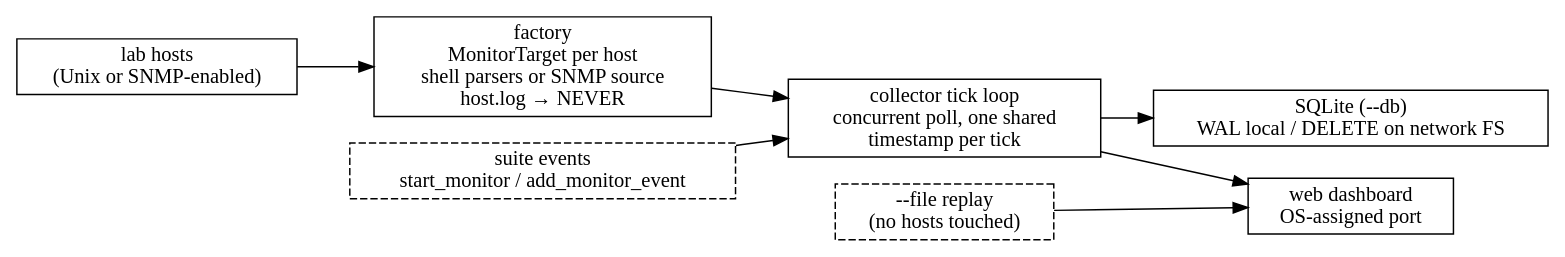
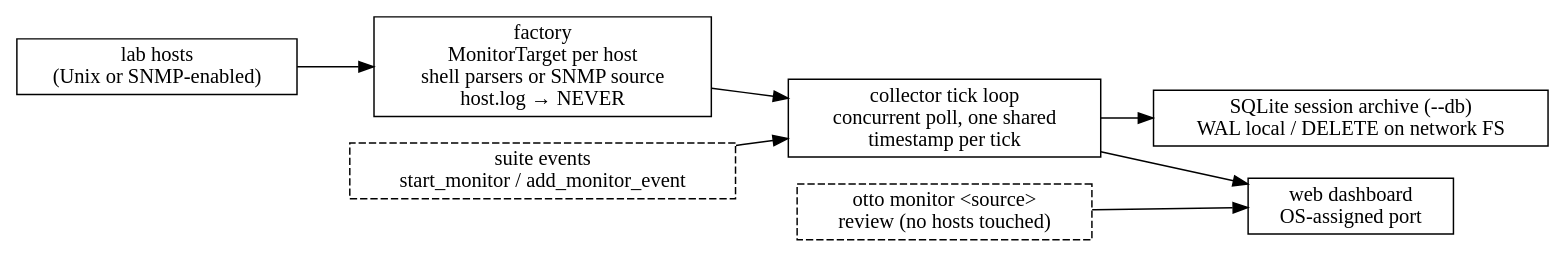
Before and after one commit to ludachrish3/otto-sh: the diagram in docs/architecture/lifecycles/monitor.md, drawn with Graphviz. The commit also changed other lines of this file and 56 other files, not shown here.

````diff
--- a/docs/architecture/lifecycles/monitor.md
+++ b/docs/architecture/lifecycles/monitor.md
@@ -23,20 +25,20 @@
 ```{graphviz}
 digraph monitor {
     rankdir=LR;
     node [shape=box];
 
     hosts [label="lab hosts\n(Unix or SNMP-enabled)"];
     factory [label="factory\nMonitorTarget per host\nshell parsers or SNMP source\nhost.log → NEVER"];
     collector [label="collector tick loop\nconcurrent poll, one shared\ntimestamp per tick"];
     events [label="suite events\nstart_monitor / add_monitor_event", style=dashed];
-    db [label="SQLite (--db)\nWAL local / DELETE on network FS"];
+    db [label="SQLite session archive (--db)\nWAL local / DELETE on network FS"];
     dash [label="web dashboard\nOS-assigned port"];
-    replay [label="--file replay\n(no hosts touched)", style=dashed];
+    replay [label="otto monitor <source>\nreview (no hosts touched)", style=dashed];
 
     hosts -> factory -> collector;
     events -> collector;
     collector -> db;
     collector -> dash;
     replay -> dash;
 }
 ```
````
